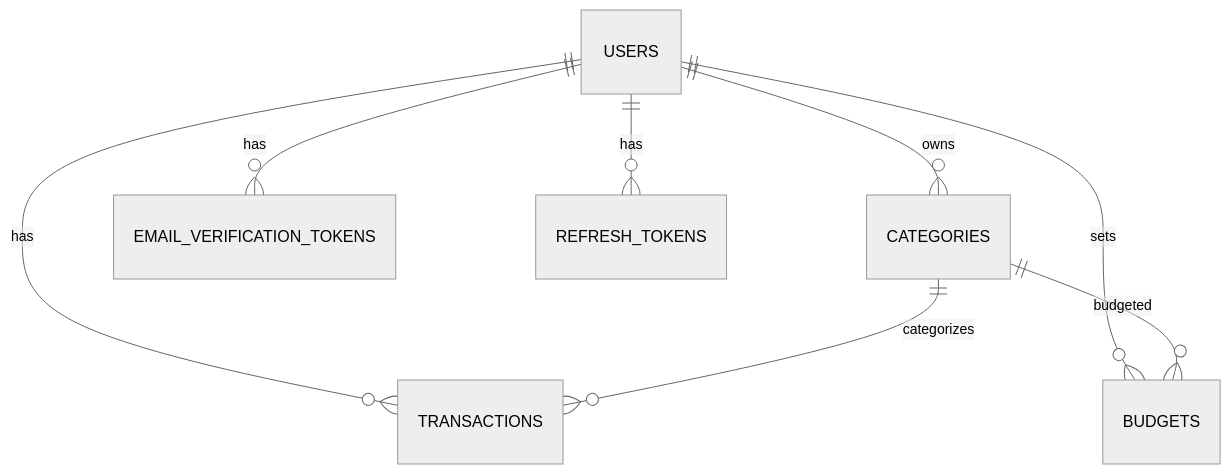
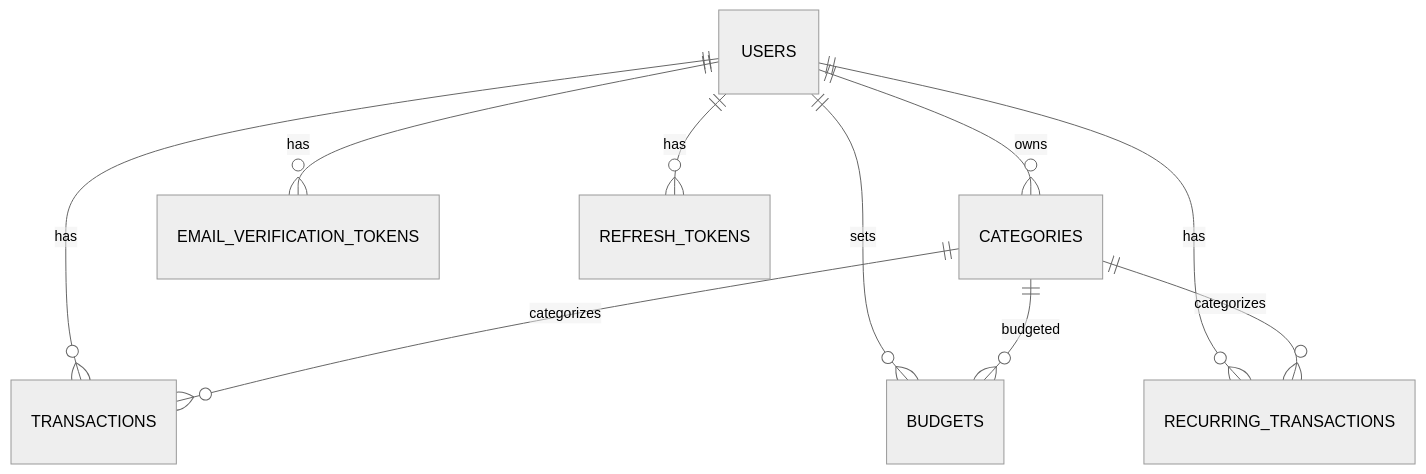
Before and after one commit to Abdalla312/The-Big-Brother-App: the first of 2 diagrams in README.md, drawn with Mermaid (neutral theme). The commit also changed other lines of this file and 1 other file, not shown here.

````diff
--- a/README.md
+++ b/README.md
@@ -352,10 +366,12 @@
 ```mermaid
 erDiagram
     USERS ||--o{ CATEGORIES : "owns"
     USERS ||--o{ TRANSACTIONS : "has"
     USERS ||--o{ BUDGETS : "sets"
     USERS ||--o{ EMAIL_VERIFICATION_TOKENS : "has"
     USERS ||--o{ REFRESH_TOKENS : "has"
+    USERS ||--o{ RECURRING_TRANSACTIONS : "has"
     CATEGORIES ||--o{ TRANSACTIONS : "categorizes"
     CATEGORIES ||--o{ BUDGETS : "budgeted"
+    CATEGORIES ||--o{ RECURRING_TRANSACTIONS : "categorizes"
 ```
````
